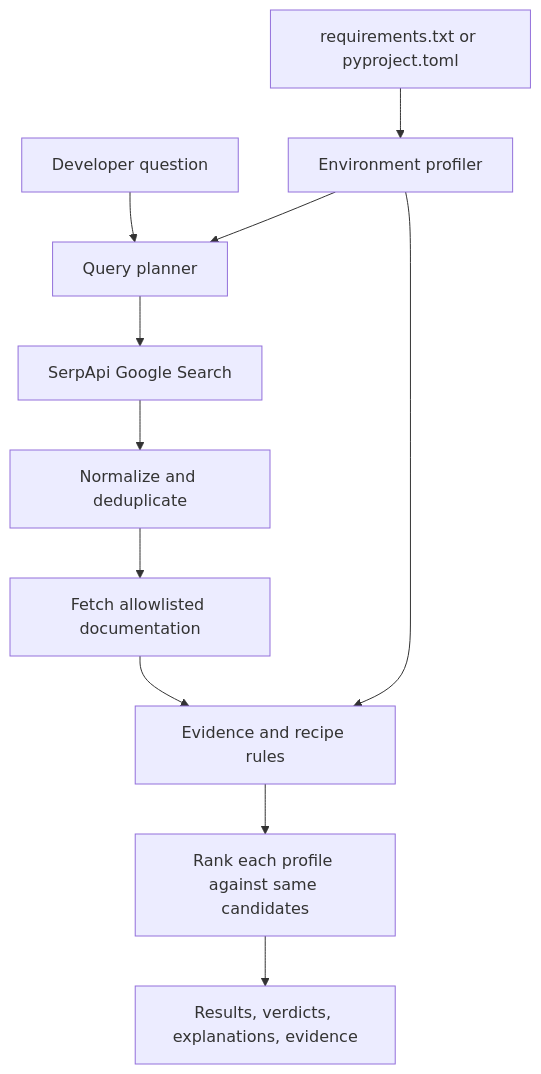
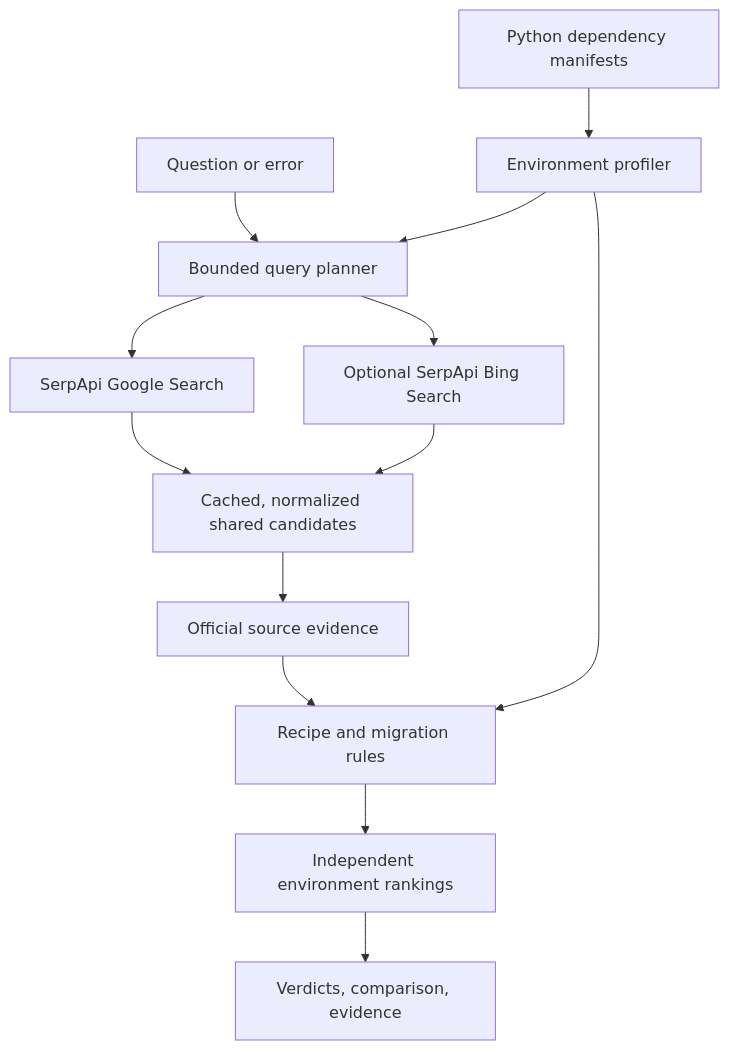
One commit to Ananay28425/VersionVerdict changed the diagram in README.md. Above: the diagram before and after it, drawn with Mermaid. The commit also changed other lines of this file and 53 other files, not shown here.

Commit message:
Add quota-safe SerpApi discovery and version evidence workspace

````diff
--- a/README.md
+++ b/README.md
@@ -64,13 +69,15 @@
 ```mermaid
 flowchart TD
-  A[requirements.txt or pyproject.toml] --> B[Environment profiler]
-  Q[Developer question] --> C[Query planner]
+  A[Python dependency manifests] --> B[Environment profiler]
+  Q[Question or error] --> C[Bounded query planner]
   B --> C
   C --> D[SerpApi Google Search]
-  D --> E[Normalize and deduplicate]
-  E --> F[Fetch allowlisted documentation]
-  F --> G[Evidence and recipe rules]
+  C --> O[Optional SerpApi Bing Search]
+  D --> E[Cached, normalized shared candidates]
+  O --> E
+  E --> F[Official source evidence]
+  F --> G[Recipe and migration rules]
   B --> G
-  G --> H[Rank each profile against same candidates]
-  H --> I[Results, verdicts, explanations, evidence]
+  G --> H[Independent environment rankings]
+  H --> I[Verdicts, comparison, evidence]
 ```
````
